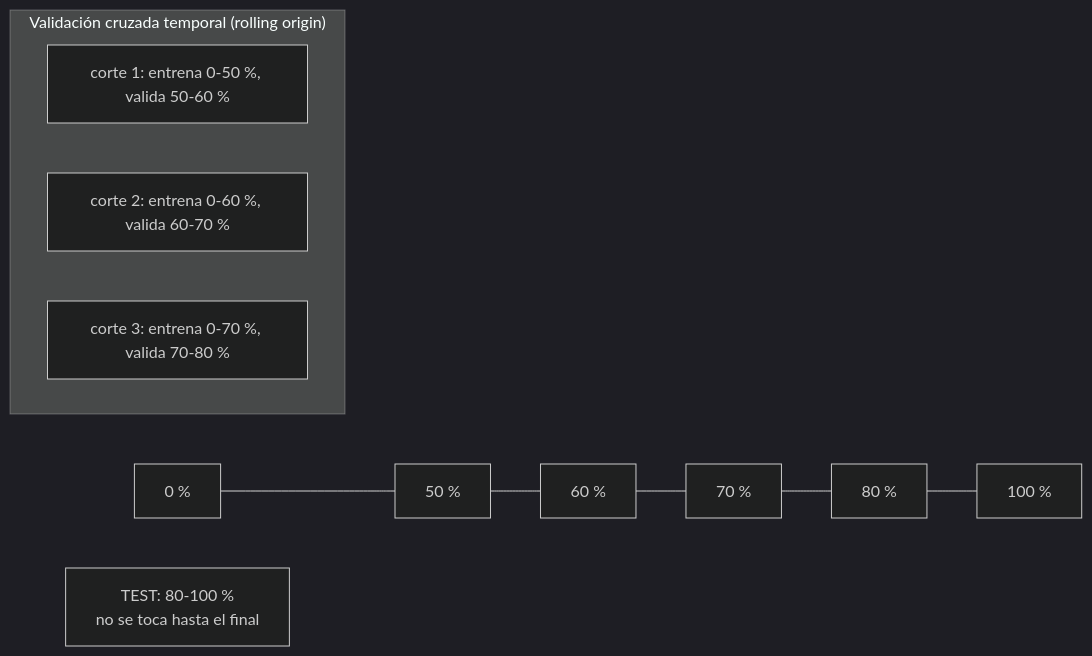
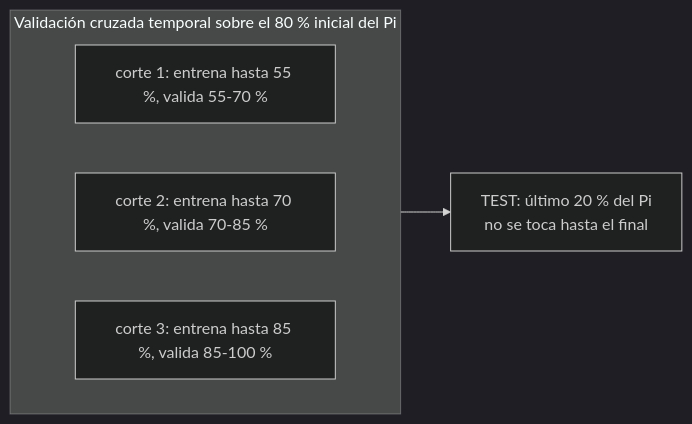
One commit to DavidRomeroN/NIDS changed the diagram in docs/modelos.md. Above: the diagram before and after it, drawn with Mermaid (dark theme). The commit also changed other lines of this file and 20 other files, not shown here.

````diff
--- a/docs/modelos.md
+++ b/docs/modelos.md
@@ -48,11 +49,10 @@
 ```mermaid
 flowchart LR
-    A["0 %"] --- B["50 %"] --- C["60 %"] --- D["70 %"] --- E["80 %"] --- F["100 %"]
-    subgraph CV["Validación cruzada temporal (rolling origin)"]
+    subgraph CV["Validación cruzada temporal sobre el 80 % inicial del Pi"]
       direction LR
-      c1["corte 1: entrena 0-50 %, valida 50-60 %"]
-      c2["corte 2: entrena 0-60 %, valida 60-70 %"]
-      c3["corte 3: entrena 0-70 %, valida 70-80 %"]
+      c1["corte 1: entrena hasta 55 %, valida 55-70 %"]
+      c2["corte 2: entrena hasta 70 %, valida 70-85 %"]
+      c3["corte 3: entrena hasta 85 %, valida 85-100 %"]
     end
-    T["TEST: 80-100 %<br/>no se toca hasta el final"]
+    CV --> T["TEST: último 20 % del Pi<br/>no se toca hasta el final"]
 ```
````
